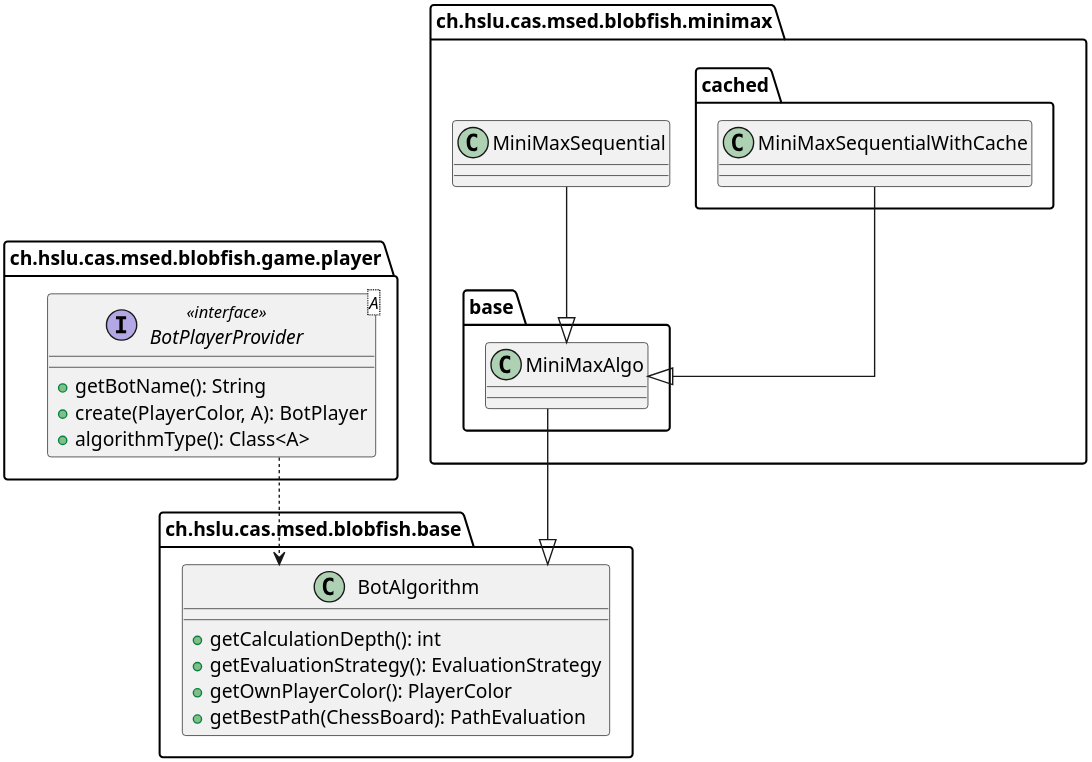
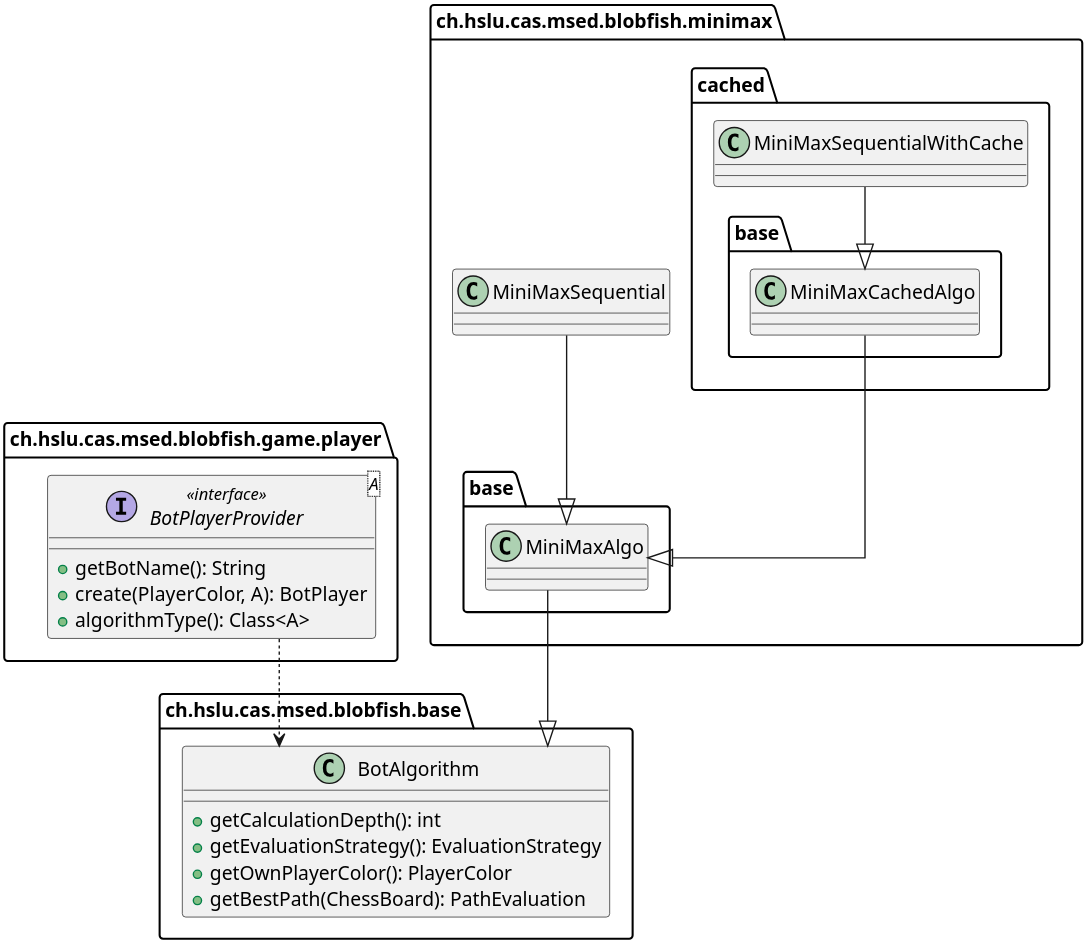
Before and after one commit to l2c0r3/blobfish: the diagram in docs/plantuml/softwarearchitektur/minimax-code.puml, drawn with PlantUML.

```diff
--- a/docs/plantuml/softwarearchitektur/minimax-code.puml
+++ b/docs/plantuml/softwarearchitektur/minimax-code.puml
@@ -1,43 +1,47 @@
 @startuml
 skinparam dpi 300
 
 top to bottom direction
 set namespaceSeparator none
 skinparam linetype ortho
 
 package "ch.hslu.cas.msed.blobfish.base" {
     class BotAlgorithm {
       + getCalculationDepth(): int
       + getEvaluationStrategy(): EvaluationStrategy
       + getOwnPlayerColor(): PlayerColor
       + getBestPath(ChessBoard): PathEvaluation
     }
 }
 
 package "ch.hslu.cas.msed.blobfish.game.player" {
     interface BotPlayerProvider<A> << interface >> {
       + getBotName(): String
       + create(PlayerColor, A): BotPlayer
       + algorithmType(): Class<A>
     }
 }
 
 package "ch.hslu.cas.msed.blobfish.minimax" {
     package "base" {
         class MiniMaxAlgo {}
     }
 
     package "cached" {
+        package "base" as cachedBased {
+            class MiniMaxCachedAlgo {}
+        }
         class MiniMaxSequentialWithCache {
         }
     }
     class MiniMaxSequential {
     }
 }
 
 BotPlayerProvider                    -[dashed]->  BotAlgorithm
 MiniMaxAlgo                          -[plain]-^  BotAlgorithm
 MiniMaxSequential                    -[plain]-^  MiniMaxAlgo
-MiniMaxSequentialWithCache           -[plain]-^  MiniMaxAlgo
+MiniMaxCachedAlgo                    -[plain]-^  MiniMaxAlgo
+MiniMaxSequentialWithCache           -[plain]-^  MiniMaxCachedAlgo
 
 @enduml
```
